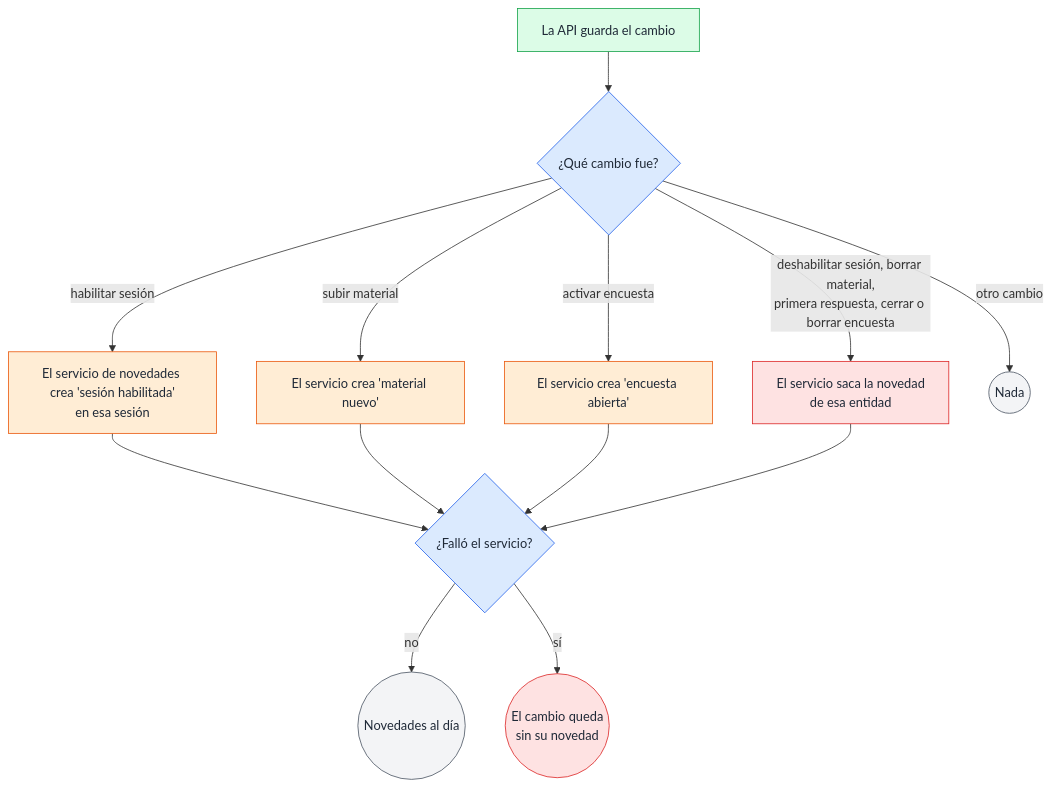
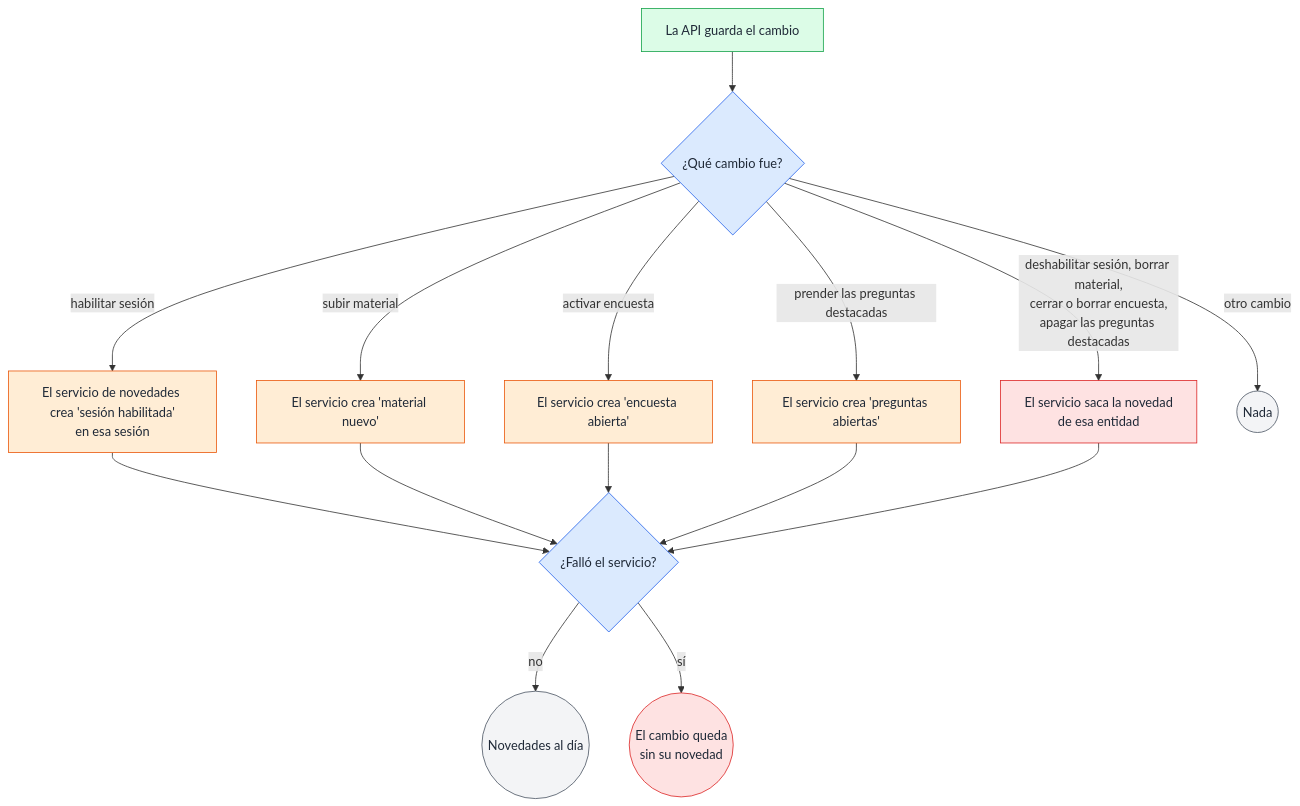
The first of 2 diagrams in app/docs/architecture/novedades-por-mail.md (filadd/agentic-engineering-famaf-extension-course), drawn with Mermaid before and after one commit. The commit also changed other lines of this file and 12 other files, not shown here.

````diff
--- a/app/docs/architecture/novedades-por-mail.md
+++ b/app/docs/architecture/novedades-por-mail.md
@@ -19,25 +19,27 @@
 ```mermaid
 flowchart TD
     A["La API guarda el cambio"] --> C{"¿Qué cambio fue?"}
     C -->|"habilitar sesión"| S1["El servicio de novedades crea 'sesión habilitada'<br/>en esa sesión"]
     C -->|"subir material"| S2["El servicio crea 'material nuevo'"]
     C -->|"activar encuesta"| S3["El servicio crea 'encuesta abierta'"]
-    C -->|"deshabilitar sesión, borrar material,<br/>primera respuesta, cerrar o borrar encuesta"| R["El servicio saca la novedad<br/>de esa entidad"]
+    C -->|"prender las preguntas destacadas"| S4["El servicio crea 'preguntas abiertas'"]
+    C -->|"deshabilitar sesión, borrar material,<br/>cerrar o borrar encuesta,<br/>apagar las preguntas destacadas"| R["El servicio saca la novedad<br/>de esa entidad"]
     C -->|"otro cambio"| N((Nada))
     S1 --> F{"¿Falló el servicio?"}
     S2 --> F
     S3 --> F
+    S4 --> F
     R --> F
     F -->|"no"| OK((Novedades al día))
     F -->|"sí"| X(("El cambio queda<br/>sin su novedad"))
     classDef blue fill:#dbeafe,stroke:#2563eb,color:#1f2937
     classDef green fill:#dcfce7,stroke:#16a34a,color:#1f2937
     classDef orange fill:#ffedd5,stroke:#ea580c,color:#1f2937
     classDef red fill:#fee2e2,stroke:#dc2626,color:#1f2937
     classDef grey fill:#f3f4f6,stroke:#4b5563,color:#1f2937
     class A green
     class C,F blue
-    class S1,S2,S3 orange
+    class S1,S2,S3,S4 orange
     class R,X red
     class N,OK grey
 ```
````
